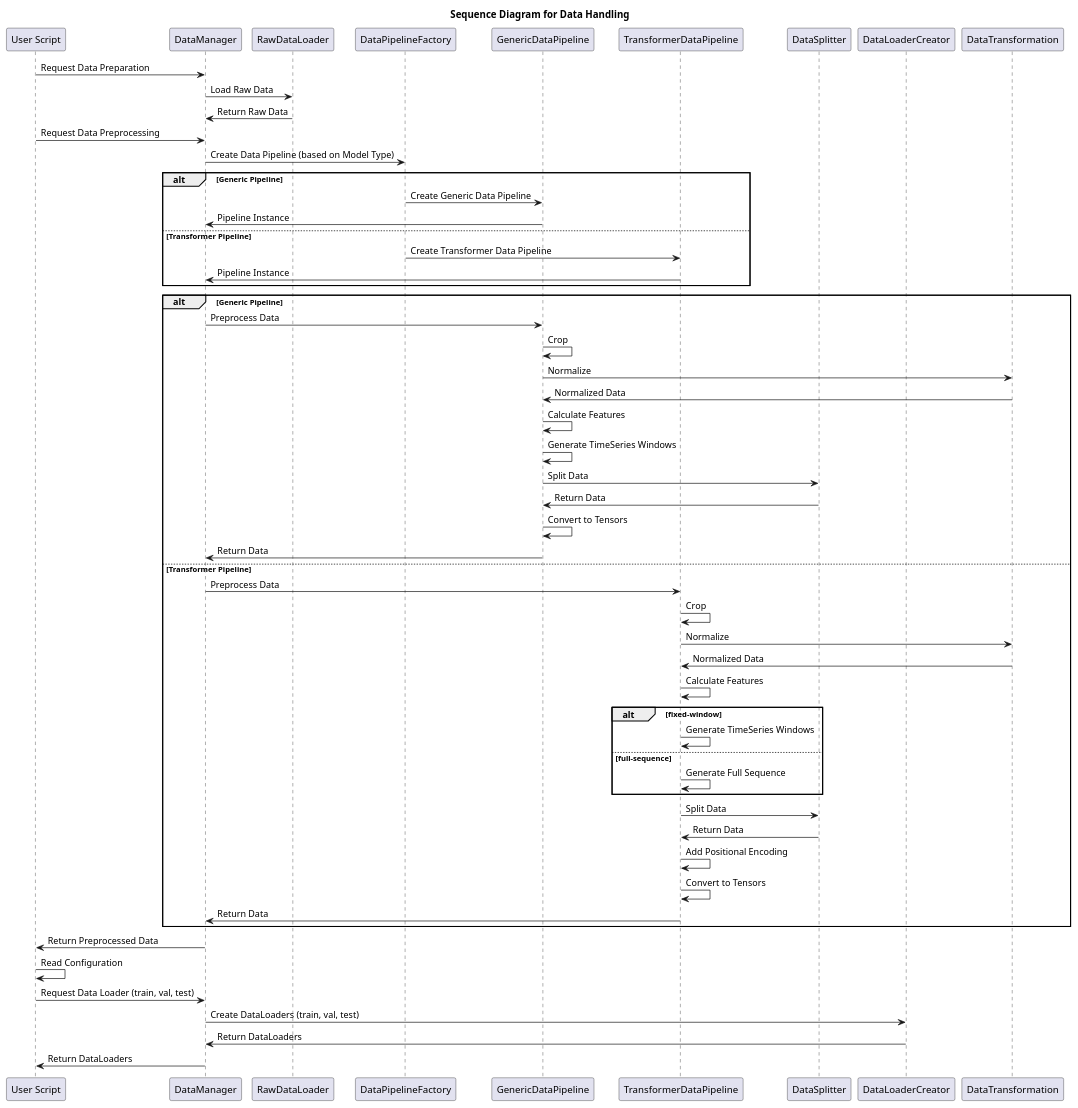
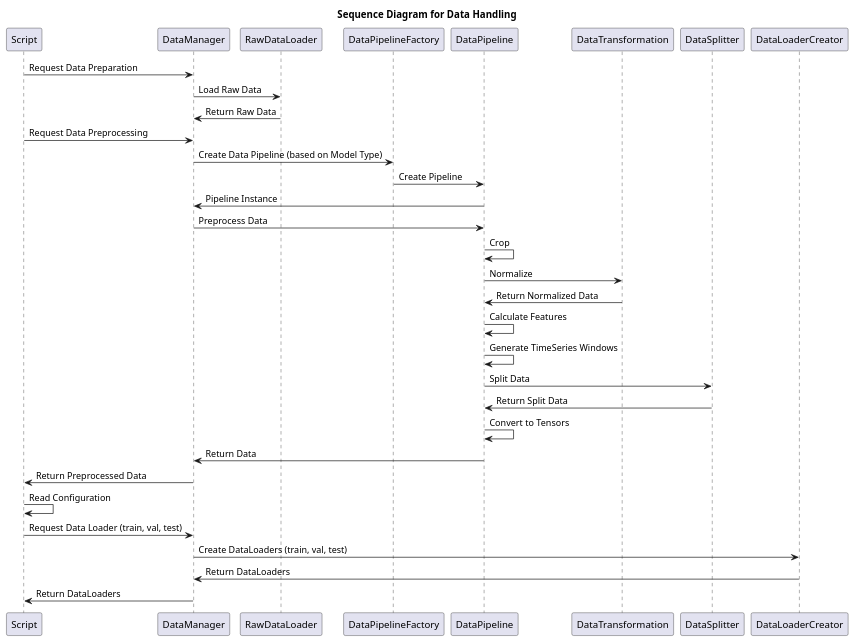
One commit to thomasgugatschka/time-series-nn-forecast-lab changed the diagram in docs/40_workflow/data-handling_sequence.puml. Above: the diagram before and after it, drawn with PlantUML. The commit also changed 32 other files, not shown here.

```diff
--- a/docs/40_workflow/data-handling_sequence.puml
+++ b/docs/40_workflow/data-handling_sequence.puml
@@ -1,66 +1,46 @@
 @startuml
 
 title Sequence Diagram for Data Handling
 
-participant "User Script" as User
+participant "Script" as User
 participant "DataManager" as DM
 participant "RawDataLoader" as RDL
 participant "DataPipelineFactory" as DPF
-participant "GenericDataPipeline" as GenericPipeline
-participant "TransformerDataPipeline" as TFMPipeline
+participant "DataPipeline" as Pipeline
+participant "DataTransformation" as DT
 participant "DataSplitter" as DS
 participant "DataLoaderCreator" as DLC
-participant "DataTransformation" as DT
+
 
 User -> DM: Request Data Preparation
 DM -> RDL: Load Raw Data
 RDL -> DM: Return Raw Data
 User -> DM: Request Data Preprocessing
 DM -> DPF: Create Data Pipeline (based on Model Type)
-alt Generic Pipeline
-    DPF -> GenericPipeline: Create Generic Data Pipeline
-    GenericPipeline -> DM: Pipeline Instance
-else Transformer Pipeline
-    DPF -> TFMPipeline: Create Transformer Data Pipeline
-    TFMPipeline -> DM: Pipeline Instance
-end
 
-alt Generic Pipeline
-    DM -> GenericPipeline: Preprocess Data
-    GenericPipeline -> GenericPipeline: Crop
-    GenericPipeline -> DT: Normalize
-    GenericPipeline <- DT: Normalized Data
-    GenericPipeline -> GenericPipeline: Calculate Features
-    GenericPipeline -> GenericPipeline: Generate TimeSeries Windows
-    GenericPipeline -> DS: Split Data
-    DS -> GenericPipeline: Return Data
-    GenericPipeline -> GenericPipeline: Convert to Tensors
-    DM <- GenericPipeline: Return Data
-else Transformer Pipeline
-    DM -> TFMPipeline: Preprocess Data
-    TFMPipeline -> TFMPipeline: Crop
-    TFMPipeline -> DT: Normalize
-    DT -> TFMPipeline: Normalized Data
-    TFMPipeline -> TFMPipeline: Calculate Features
-    alt fixed-window
-        TFMPipeline -> TFMPipeline: Generate TimeSeries Windows
-    else full-sequence
-        TFMPipeline -> TFMPipeline: Generate Full Sequence
-    end
-    TFMPipeline -> DS: Split Data
-    DS -> TFMPipeline: Return Data
-    TFMPipeline -> TFMPipeline: Add Positional Encoding
-    TFMPipeline -> TFMPipeline: Convert to Tensors
-    DM <- TFMPipeline: Return Data
-end
+DPF -> Pipeline: Create Pipeline
+Pipeline -> DM: Pipeline Instance
+
+
+DM -> Pipeline: Preprocess Data
+Pipeline -> Pipeline: Crop
+Pipeline -> DT: Normalize
+Pipeline <- DT: Return Normalized Data
+Pipeline -> Pipeline: Calculate Features
+Pipeline -> Pipeline: Generate TimeSeries Windows
+Pipeline -> DS: Split Data
+DS -> Pipeline: Return Split Data
+Pipeline -> Pipeline: Convert to Tensors
+DM <- Pipeline: Return Data
+
 User <- DM: Return Preprocessed Data
 
 User -> User: Read Configuration
 
 User -> DM: Request Data Loader (train, val, test)
 DM -> DLC: Create DataLoaders (train, val, test)
 DLC -> DM: Return DataLoaders
 User <- DM: Return DataLoaders
 
 
 @enduml
```
